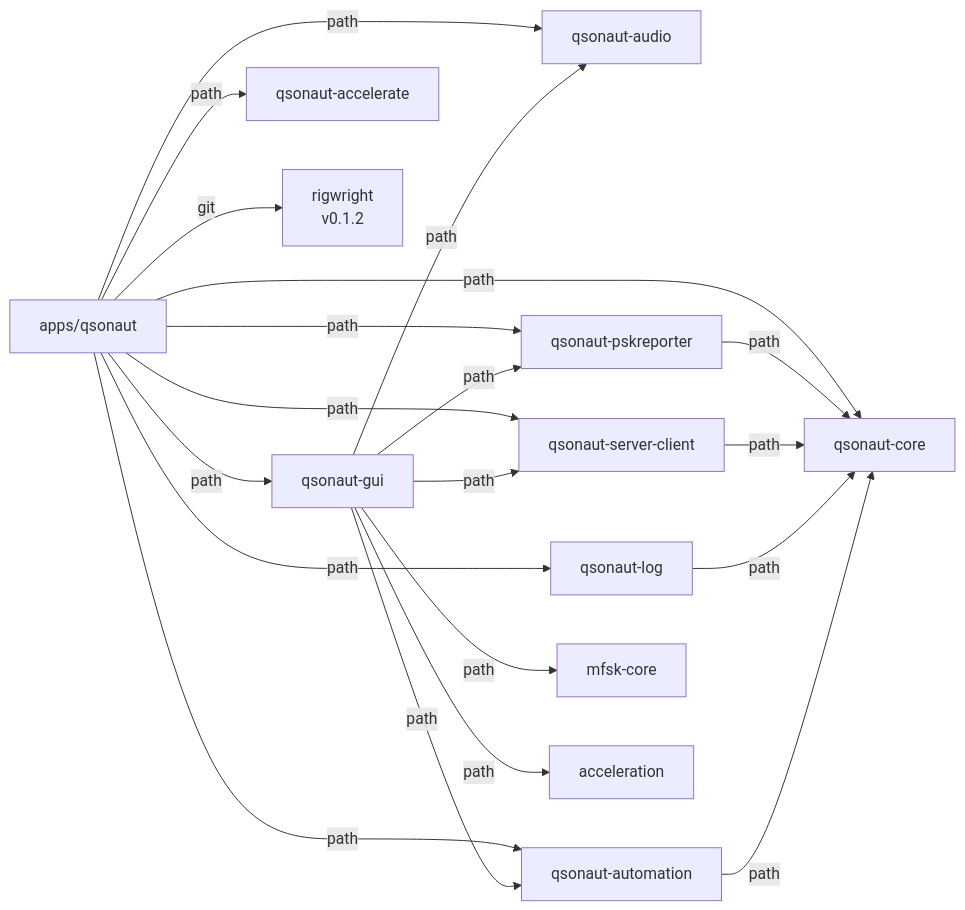
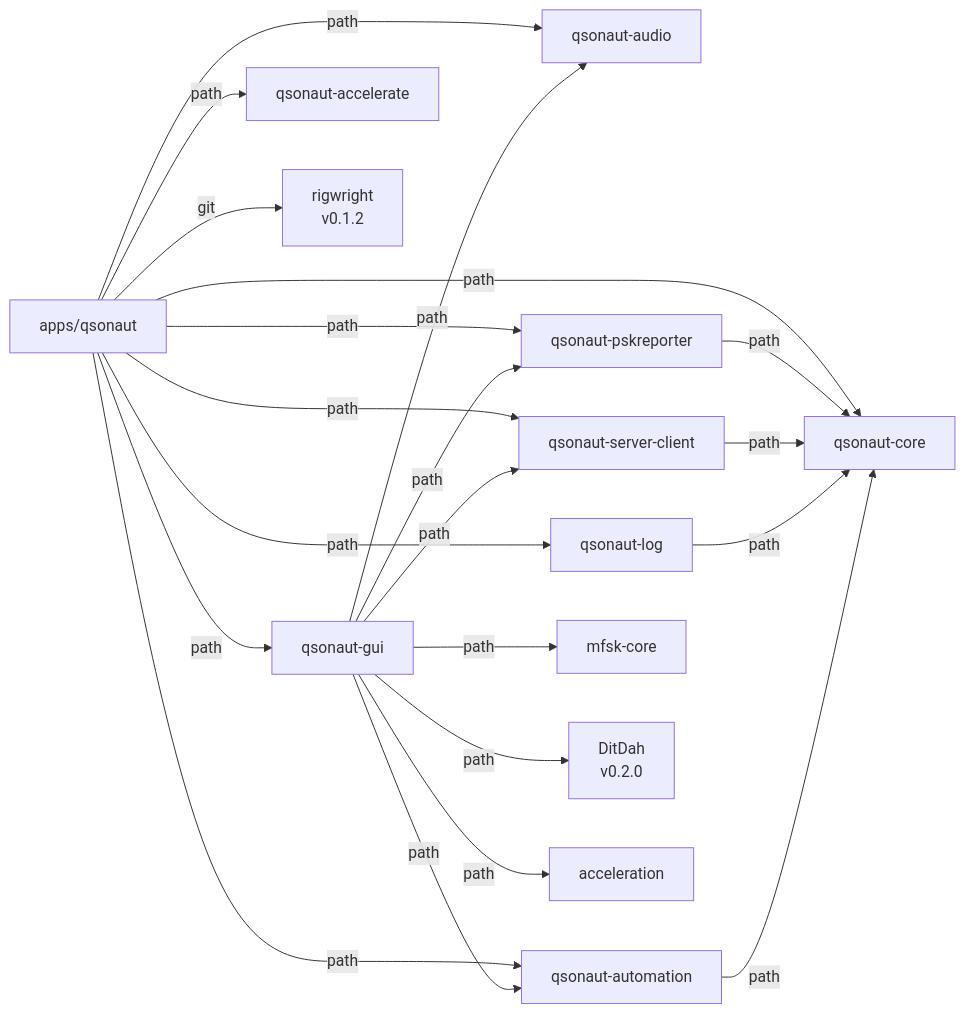
Before and after one commit to nicksbar/QSONaut: the third of 6 diagrams in docs/ARCHITECTURE.md, drawn with Mermaid. The commit also changed other lines of this file and 18 other files, not shown here.

````diff
--- a/docs/ARCHITECTURE.md
+++ b/docs/ARCHITECTURE.md
@@ -88,36 +90,38 @@
 ```mermaid
 graph LR
     qsonaut[apps/qsonaut]
     audio[qsonaut-audio]
     core[qsonaut-core]
     gui[qsonaut-gui]
     log[qsonaut-log]
     automation[qsonaut-automation]
     psk[qsonaut-pskreporter]
     server-client[qsonaut-server-client]
     accelerate[qsonaut-accelerate]
     mfsk[mfsk-core]
+    ditdah[DitDah<br/>v0.2.0]
     rigwright[rigwright<br/>v0.1.2]
     
     qsonaut -->|path| gui
     qsonaut -->|path| core
     qsonaut -->|path| audio
     qsonaut -->|path| log
     qsonaut -->|path| automation
     qsonaut -->|path| psk
     qsonaut -->|path| server-client
     qsonaut -->|path| accelerate
     qsonaut -->|git| rigwright
     
     gui -->|path| mfsk
+    gui -->|path| ditdah
     gui -->|path| audio
     gui -->|path| acceleration
     gui -->|path| automation
     gui -->|path| server-client
     gui -->|path| psk
     
     psk -->|path| core
     server-client -->|path| core
     log -->|path| core
     automation -->|path| core
 ```
````
